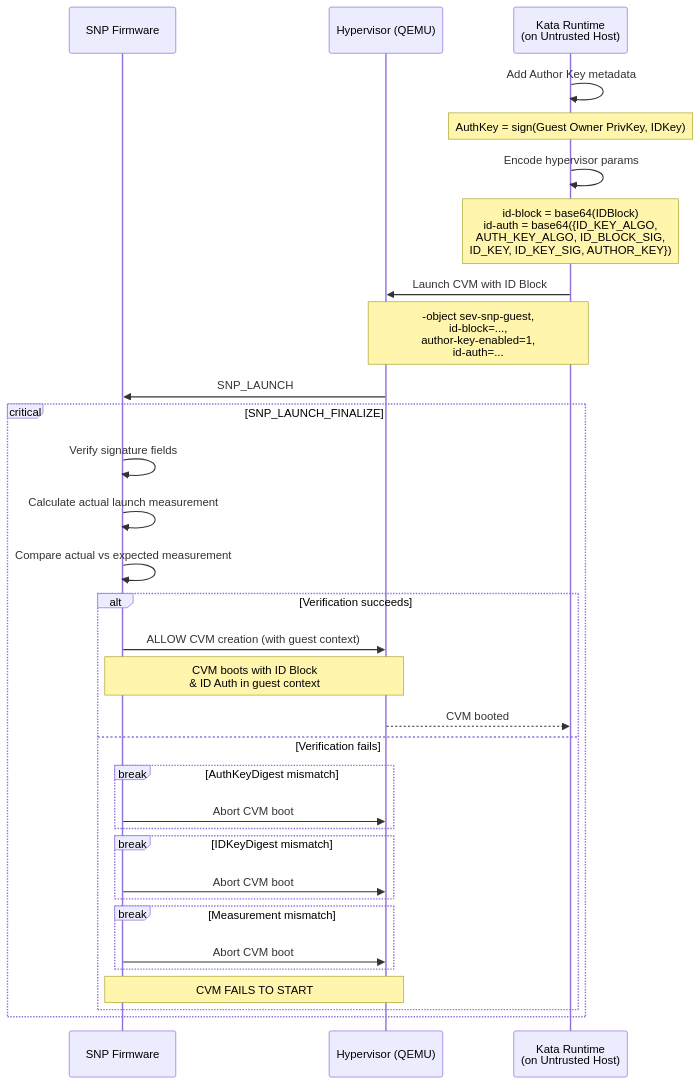
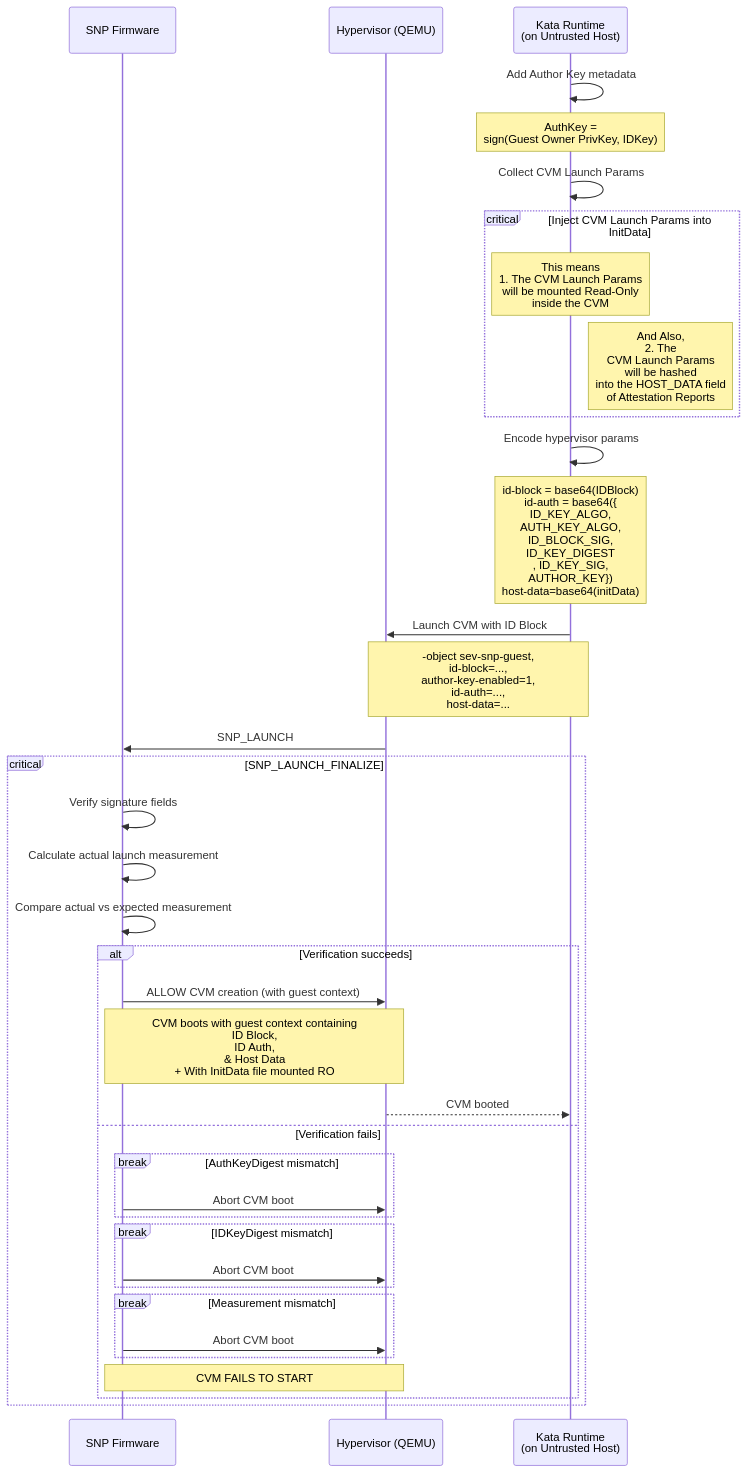
The third of 6 diagrams in kbs/src/plugins/implementations/sams/README.md (amd-cmaxwell/trustee), drawn with Mermaid before and after one commit. The commit also changed other lines of this file, not shown here.

````diff
--- a/kbs/src/plugins/implementations/sams/README.md
+++ b/kbs/src/plugins/implementations/sams/README.md
@@ -142,39 +142,47 @@
 ```mermaid
 sequenceDiagram
     participant fw as SNP Firmware
     participant hv as Hypervisor (QEMU)
     participant kata_runtime as Kata Runtime<br>(on Untrusted Host)
 
     kata_runtime ->> kata_runtime: Add Author Key metadata
-    note over kata_runtime: AuthKey = sign(Guest Owner PrivKey, IDKey)
+    note over kata_runtime: AuthKey = <br>sign(Guest Owner PrivKey, IDKey)
+
+    kata_runtime ->> kata_runtime: Collect CVM Launch Params
+    critical Inject CVM Launch Params into InitData
+    note over kata_runtime: This means <br>1. The CVM Launch Params<br>will be mounted Read-Only<br> inside the CVM
+    note right of kata_runtime: And Also,<br>2. The<br> CVM Launch Params<br> will be hashed<br> into the HOST_DATA field<br> of Attestation Reports
+    end
 
     kata_runtime ->> kata_runtime: Encode hypervisor params
-    note over kata_runtime: id-block = base64(IDBlock)<br>id-auth = base64({ID_KEY_ALGO,<br>AUTH_KEY_ALGO, ID_BLOCK_SIG,<br>ID_KEY, ID_KEY_SIG, AUTHOR_KEY})
+    note over kata_runtime: id-block = base64(IDBlock)<br>id-auth = base64({<br>ID_KEY_ALGO,<br>AUTH_KEY_ALGO, <br>ID_BLOCK_SIG,<br>ID_KEY_DIGEST<br>, ID_KEY_SIG,<br> AUTHOR_KEY})<br>host-data=base64(initData)
+
+    
 
     kata_runtime ->> hv: Launch CVM with ID Block
-    note over kata_runtime, hv: -object sev-snp-guest,<br>id-block=...,<br>author-key-enabled=1,<br>id-auth=...
+    note over kata_runtime, hv: -object sev-snp-guest,<br>id-block=...,<br>author-key-enabled=1,<br>id-auth=...,<br>host-data=...
     hv ->> fw: SNP_LAUNCH
 
     critical SNP_LAUNCH_FINALIZE
         fw ->> fw: Verify signature fields
         fw ->> fw: Calculate actual launch measurement
         fw ->> fw: Compare actual vs expected measurement
 
         alt Verification succeeds
             fw ->> hv: ALLOW CVM creation (with guest context)
-            note over fw, hv: CVM boots with ID Block<br>& ID Auth in guest context
+            note over fw, hv: CVM boots with guest context containing<br> ID Block,<br> ID Auth,<br>& Host Data <br> + With InitData file mounted RO
             hv -->> kata_runtime: CVM booted
         else Verification fails
             break AuthKeyDigest mismatch
                 fw ->> hv: Abort CVM boot
             end
             break IDKeyDigest mismatch
                 fw ->> hv: Abort CVM boot
             end
             break Measurement mismatch
                 fw ->> hv: Abort CVM boot
             end
             note over fw, hv: CVM FAILS TO START
         end
     end
 ```
````
